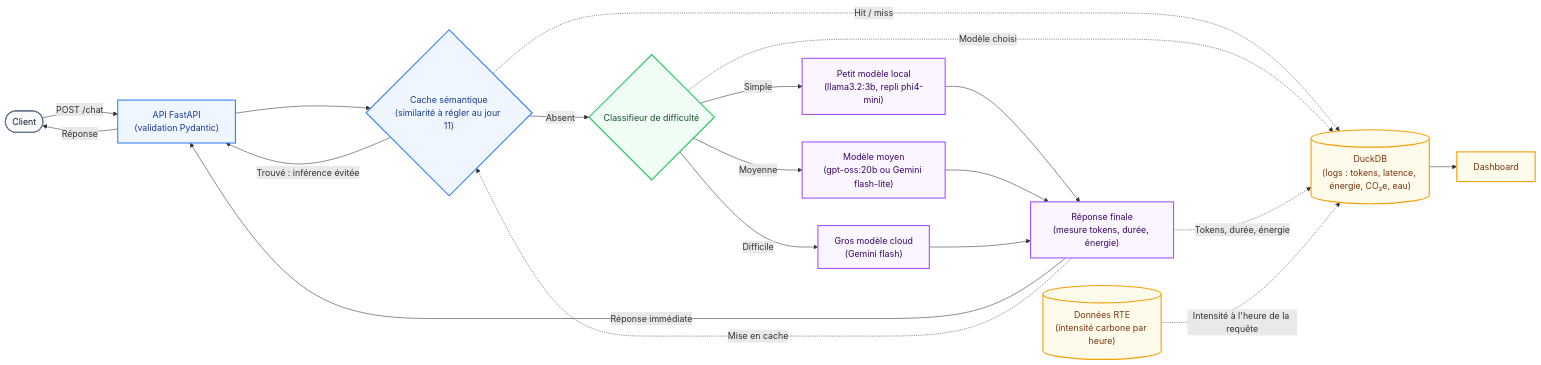
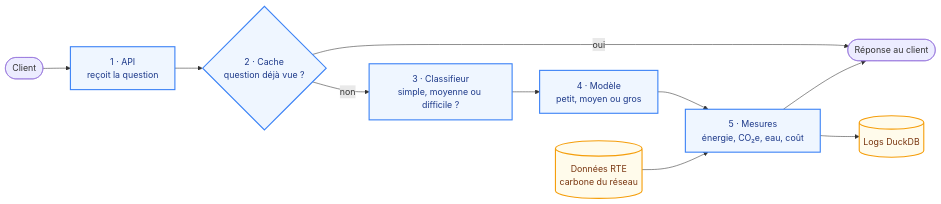
Before and after one commit to samarjelassi58/greenroute: the diagram in docs/01_architecture.md, drawn with Mermaid. The commit also changed other lines of this file and 2 other files, not shown here.

Commit message:
architecture

````diff
--- a/docs/01_architecture.md
+++ b/docs/01_architecture.md
@@ -9,39 +9,17 @@
 ```mermaid
 flowchart LR
-    classDef client fill:#f8fafc,stroke:#64748b,stroke-width:2px,color:#0f172a
-    classDef api fill:#eff6ff,stroke:#3b82f6,stroke-width:2px,color:#1e3a8a
-    classDef decision fill:#f0fdf4,stroke:#22c55e,stroke-width:2px,color:#14532d
-    classDef model fill:#faf5ff,stroke:#a855f7,stroke-width:2px,color:#3b0764
-    classDef obs fill:#fffbeb,stroke:#f59e0b,stroke-width:2px,color:#78350f
+    C(["Client"]) --> A["1 · API<br/>reçoit la question"]
+    A --> K{"2 · Cache<br/>question déjà vue ?"}
+    K -->|"oui"| R(["Réponse au client"])
+    K -->|"non"| D["3 · Classifieur<br/>simple, moyenne ou difficile ?"]
+    D --> M["4 · Modèle<br/>petit, moyen ou gros"]
+    M --> L["5 · Mesures<br/>énergie, CO₂e, eau, coût"]
+    L --> R
+    L --> DB[("Logs DuckDB")]
+    RTE[("Données RTE<br/>carbone du réseau")] --> L
 
-    C(["Client"]):::client
-    API["API FastAPI<br/>(validation Pydantic)"]:::api
-    CACHE{"Cache sémantique<br/>(similarité à régler au jour 11)"}:::api
-    ROUTER{"Classifieur de difficulté"}:::decision
-    SMALL["Petit modèle local<br/>(llama3.2:3b, repli phi4-mini)"]:::model
-    MEDIUM["Modèle moyen<br/>(gpt-oss:20b ou Gemini flash-lite)"]:::model
-    LARGE["Gros modèle cloud<br/>(Gemini flash)"]:::model
-    RES["Réponse finale<br/>(mesure tokens, durée, énergie)"]:::model
-    RTE[("Données RTE<br/>(intensité carbone par heure)")]:::obs
-    DB[("DuckDB<br/>(logs : tokens, latence, énergie, CO₂e, eau)")]:::obs
-    DASH["Dashboard"]:::obs
-
-    C -->|"POST /chat"| API
-    API --> CACHE
-    CACHE -->|"Trouvé : inférence évitée"| API
-    CACHE -->|"Absent"| ROUTER
-    ROUTER -->|"Simple"| SMALL
-    ROUTER -->|"Moyenne"| MEDIUM
-    ROUTER -->|"Difficile"| LARGE
-    SMALL --> RES
-    MEDIUM --> RES
-    LARGE --> RES
-    RES -->|"Réponse immédiate"| API
-    API -->|"Réponse"| C
-    RES -.->|"Mise en cache"| CACHE
-    CACHE -.->|"Hit / miss"| DB
-    ROUTER -.->|"Modèle choisi"| DB
-    RES -.->|"Tokens, durée, énergie"| DB
-    RTE -.->|"Intensité à l'heure de la requête"| DB
-    DB --> DASH
+    classDef pipe fill:#eff6ff,stroke:#3b82f6,stroke-width:2px,color:#1e3a8a
+    classDef data fill:#fffbeb,stroke:#f59e0b,stroke-width:2px,color:#78350f
+    class A,K,D,M,L pipe
+    class DB,RTE data
 ```
````
